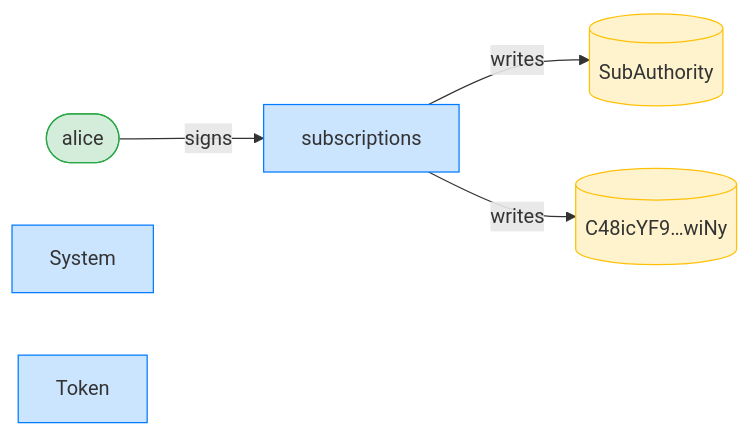
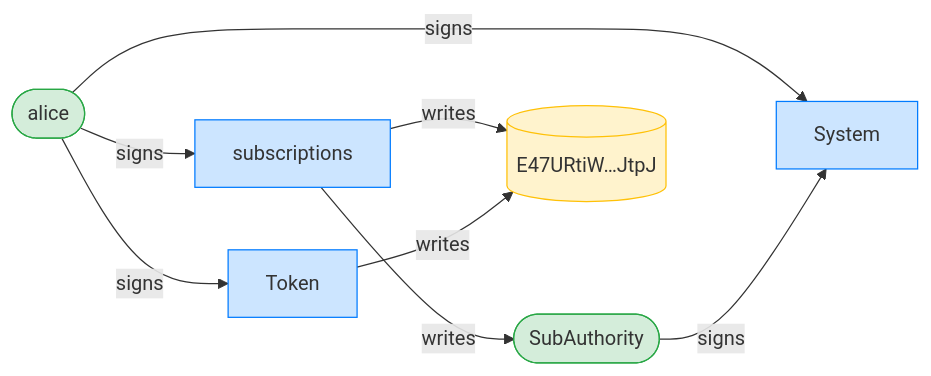
Before and after one commit to cds-rs/subscriptions: the third of 12 diagrams in dsl_tests/revoke-works-after-close.md, drawn with Mermaid. The commit also changed other lines of this file and 224 other files, not shown here.

````diff
--- a/dsl_tests/revoke-works-after-close.md
+++ b/dsl_tests/revoke-works-after-close.md
@@ -55,15 +56,19 @@
 ```mermaid
 flowchart LR
     classDef signer fill:#d4edda,stroke:#28a745;
     classDef program fill:#cce5ff,stroke:#007bff;
     classDef writable fill:#fff3cd,stroke:#ffc107;
     subscriptions[subscriptions]:::program
     alice([alice]):::signer
-    SubAuthority[(SubAuthority)]:::writable
-    C48icYF9_wiNy[("C48icYF9…wiNy")]:::writable
+    SubAuthority([SubAuthority]):::signer
+    E47URtiW_JtpJ[("E47URtiW…JtpJ")]:::writable
     System[System]:::program
     Token[Token]:::program
     alice -->|signs| subscriptions
+    alice -->|signs| System
+    SubAuthority -->|signs| System
+    alice -->|signs| Token
     subscriptions -->|writes| SubAuthority
-    subscriptions -->|writes| C48icYF9_wiNy
+    subscriptions -->|writes| E47URtiW_JtpJ
+    Token -->|writes| E47URtiW_JtpJ
 ```
````
